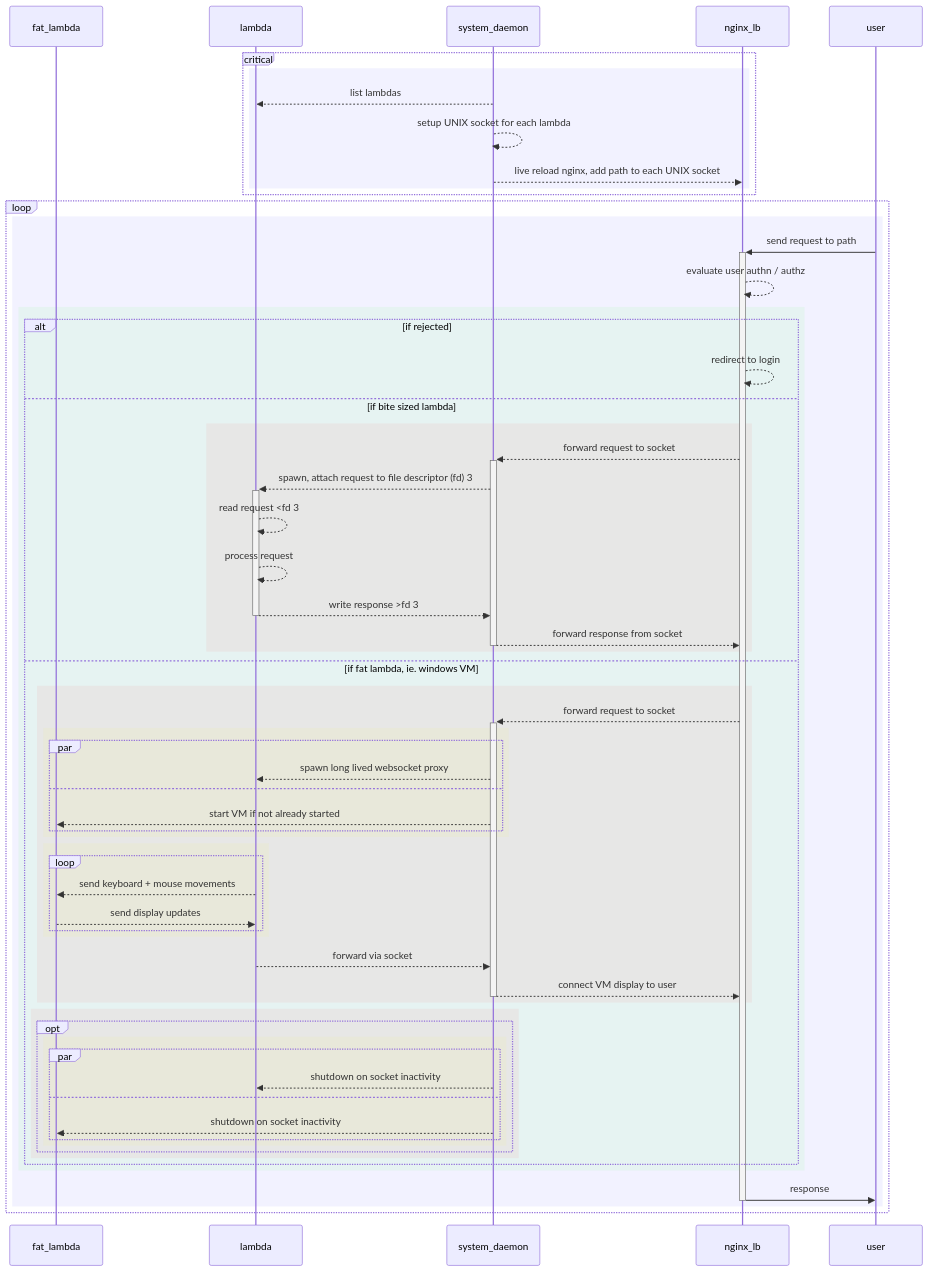
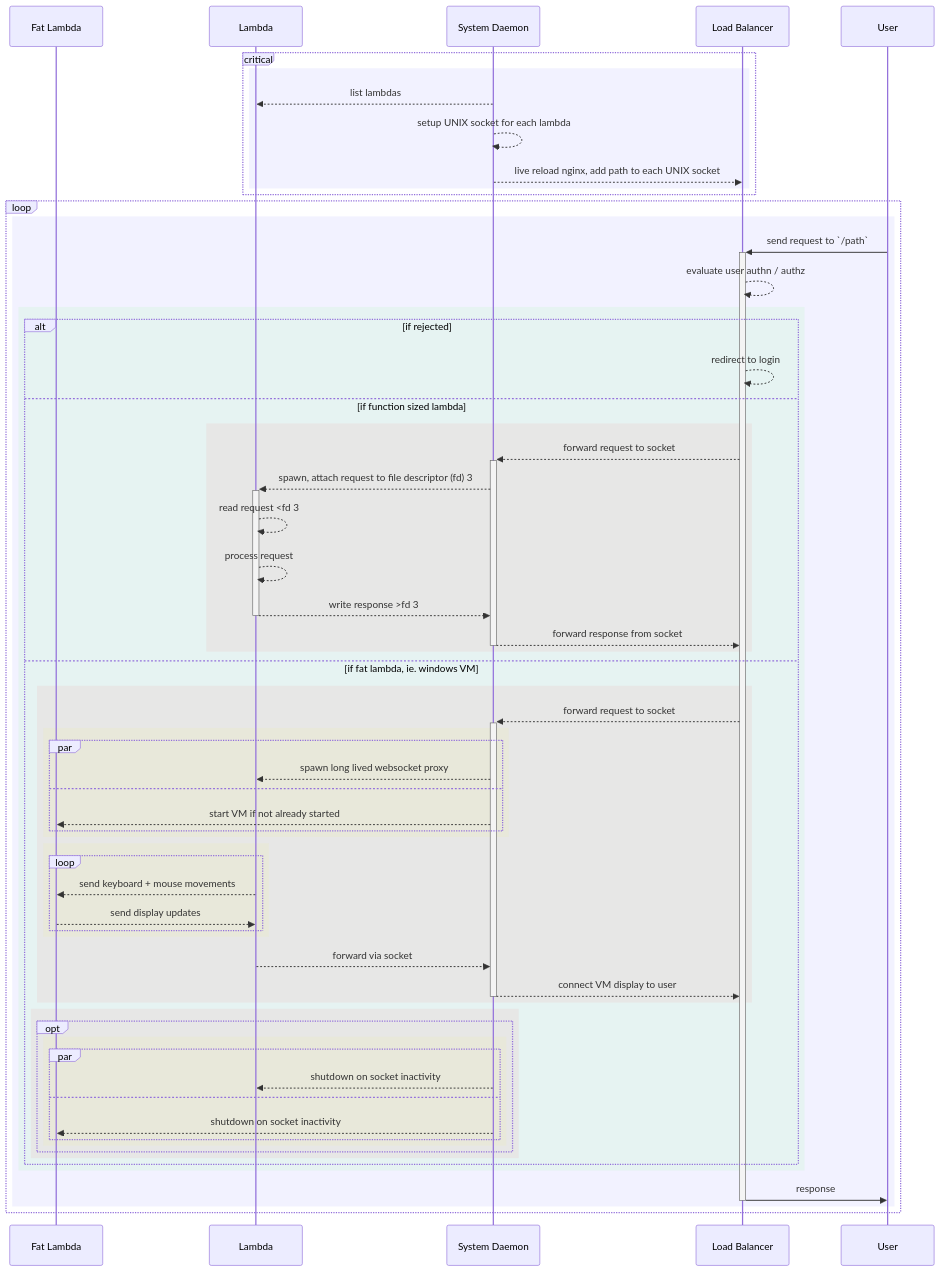
The second of 2 diagrams in doc/PRIVATE_CLOUD.md (ms-jpq/lab), drawn with Mermaid before and after one commit. The commit also changed other lines of this file and 2 other files, not shown here.

````diff
--- a/doc/PRIVATE_CLOUD.md
+++ b/doc/PRIVATE_CLOUD.md
@@ -101,68 +101,68 @@
 ```mermaid
 sequenceDiagram
-  participant fat_lambda
-  participant lambda
-  participant system_daemon
-  participant nginx_lb
-  participant user
+  participant fat_lambda as Fat Lambda
+  participant lambda as Lambda
+  participant system_daemon as System Daemon
+  participant nginx_lb as Load Balancer
+  participant user as User
 
   critical
     rect rgba(0, 0, 255, 0.05)
       system_daemon-->>lambda : list lambdas
       system_daemon-->>system_daemon : setup UNIX socket for each lambda
       system_daemon-->>nginx_lb : live reload nginx, add path to each UNIX socket
     end
   end
 
   loop
     rect rgba(0, 0, 255, 0.05)
-      user->>+nginx_lb : send request to path
+      user->>+nginx_lb : send request to `/path`
       nginx_lb-->>nginx_lb : evaluate user authn / authz
       rect rgba(0, 255, 0, 0.05)
         alt if rejected
           nginx_lb-->>nginx_lb : redirect to login
-        else if bite sized lambda
+        else if function sized lambda
           rect rgba(255, 0, 0, 0.05)
             nginx_lb-->>+system_daemon : forward request to socket
             system_daemon-->>+lambda : spawn, attach request to file descriptor (fd) 3
             lambda-->>lambda : read request <fd 3
             lambda-->>lambda : process request
             lambda-->>-system_daemon : write response >fd 3
             system_daemon-->>-nginx_lb : forward response from socket
           end
         else if fat lambda, ie. windows VM
           rect rgba(255, 0, 0, 0.05)
             nginx_lb-->>+system_daemon : forward request to socket
             rect rgba(255, 255, 0, 0.05)
               par
                 system_daemon-->>lambda : spawn long lived websocket proxy
               and
                 system_daemon-->>fat_lambda : start VM if not already started
               end
             end
             rect rgba(255, 255, 0, 0.05)
               loop
                 lambda-->>fat_lambda : send keyboard + mouse movements
                 fat_lambda-->>lambda : send display updates
               end
             end
             lambda-->>system_daemon : forward via socket
             system_daemon-->>-nginx_lb : connect VM display to user
           end
           rect rgba(255, 0, 0, 0.05)
             opt
               rect rgba(255, 255, 0, 0.05)
                 par
                   system_daemon-->>lambda : shutdown on socket inactivity
                 and
                   system_daemon-->>fat_lambda : shutdown on socket inactivity
                 end
               end
             end
           end
         end
       end
       nginx_lb->>-user : response
     end
   end
 ```
````
